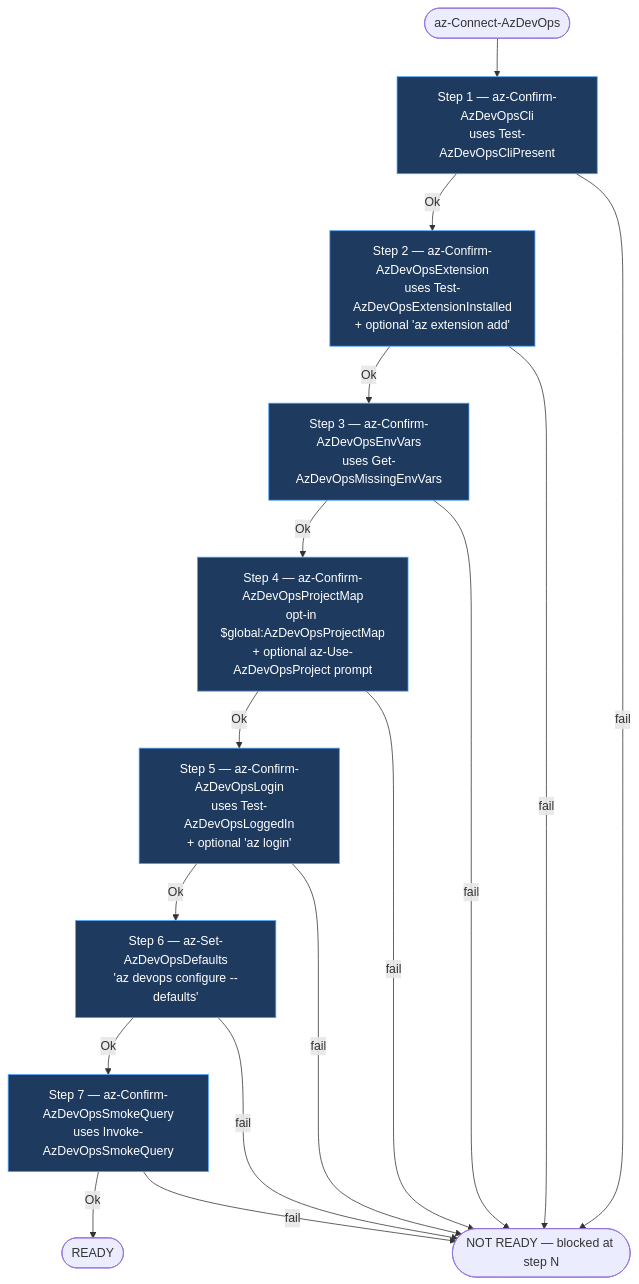
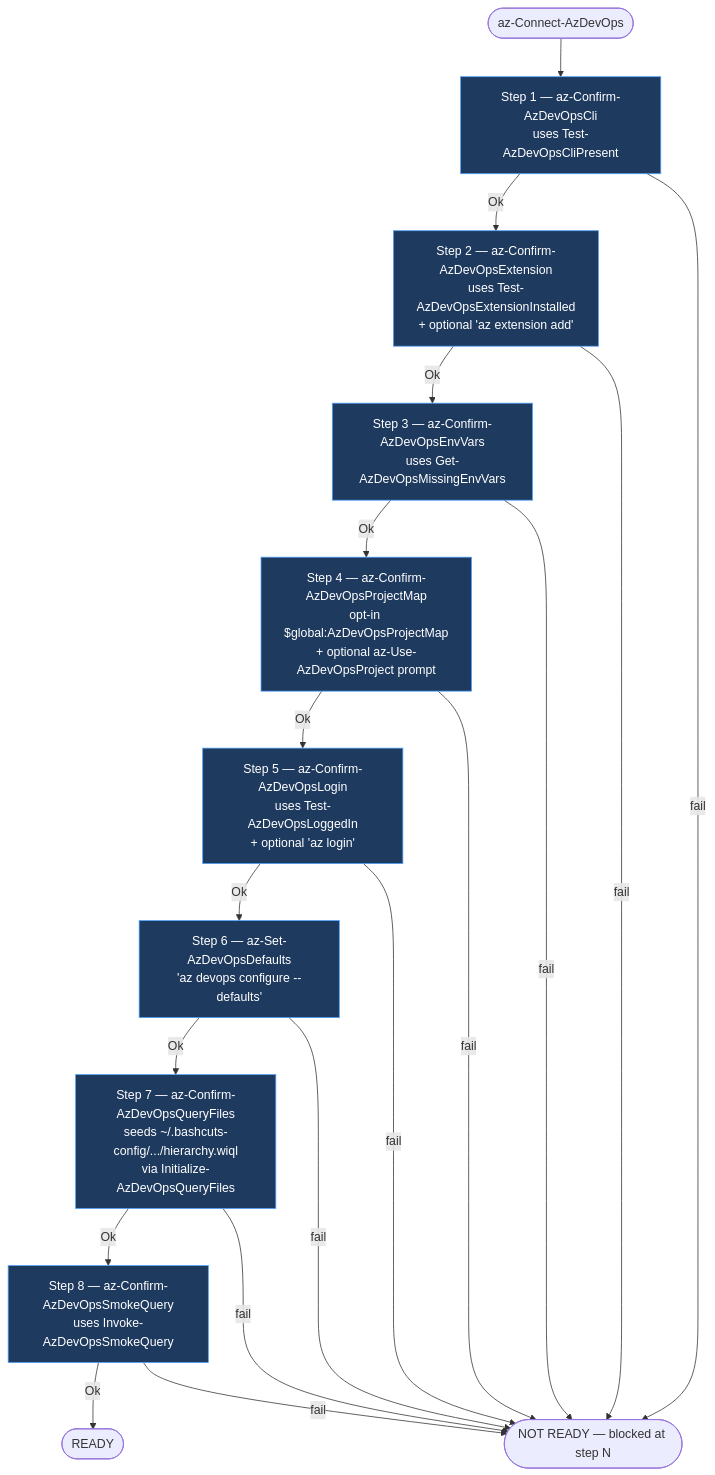
One commit to jdschleicher/bashcuts changed the second of 12 diagrams in docs/azure-devops-diagrams.md. Above: the diagram before and after it, drawn with Mermaid. The commit also changed other lines of this file and 1 other file, not shown here.

First line of the commit message:
refactor(#65 follow-up): harden WIQL substitution + refresh AzDO diagrams

````diff
--- a/docs/azure-devops-diagrams.md
+++ b/docs/azure-devops-diagrams.md
@@ -114,34 +114,37 @@
 ```mermaid
 flowchart TD
     Start([az-Connect-AzDevOps]) --> S1
 
     S1["Step 1 — az-Confirm-AzDevOpsCli<br/>uses Test-AzDevOpsCliPresent"]
     S2["Step 2 — az-Confirm-AzDevOpsExtension<br/>uses Test-AzDevOpsExtensionInstalled<br/>+ optional 'az extension add'"]
     S3["Step 3 — az-Confirm-AzDevOpsEnvVars<br/>uses Get-AzDevOpsMissingEnvVars"]
     S4["Step 4 — az-Confirm-AzDevOpsProjectMap<br/>opt-in $global:AzDevOpsProjectMap<br/>+ optional az-Use-AzDevOpsProject prompt"]
     S5["Step 5 — az-Confirm-AzDevOpsLogin<br/>uses Test-AzDevOpsLoggedIn<br/>+ optional 'az login'"]
     S6["Step 6 — az-Set-AzDevOpsDefaults<br/>'az devops configure --defaults'"]
-    S7["Step 7 — az-Confirm-AzDevOpsSmokeQuery<br/>uses Invoke-AzDevOpsSmokeQuery"]
+    S7["Step 7 — az-Confirm-AzDevOpsQueryFiles<br/>seeds ~/.bashcuts-config/.../hierarchy.wiql<br/>via Initialize-AzDevOpsQueryFiles"]
+    S8["Step 8 — az-Confirm-AzDevOpsSmokeQuery<br/>uses Invoke-AzDevOpsSmokeQuery"]
 
     Ready([READY])
     NotReady([NOT READY — blocked at step N])
 
     S1 -- Ok --> S2
     S2 -- Ok --> S3
     S3 -- Ok --> S4
     S4 -- Ok --> S5
     S5 -- Ok --> S6
     S6 -- Ok --> S7
-    S7 -- Ok --> Ready
+    S7 -- Ok --> S8
+    S8 -- Ok --> Ready
 
     S1 -- fail --> NotReady
     S2 -- fail --> NotReady
     S3 -- fail --> NotReady
     S4 -- fail --> NotReady
     S5 -- fail --> NotReady
     S6 -- fail --> NotReady
     S7 -- fail --> NotReady
+    S8 -- fail --> NotReady
 
     classDef step fill:#1f3a5f,stroke:#4ea3ff,color:#fff
-    class S1,S2,S3,S4,S5,S6,S7 step
+    class S1,S2,S3,S4,S5,S6,S7,S8 step
 ```
````
